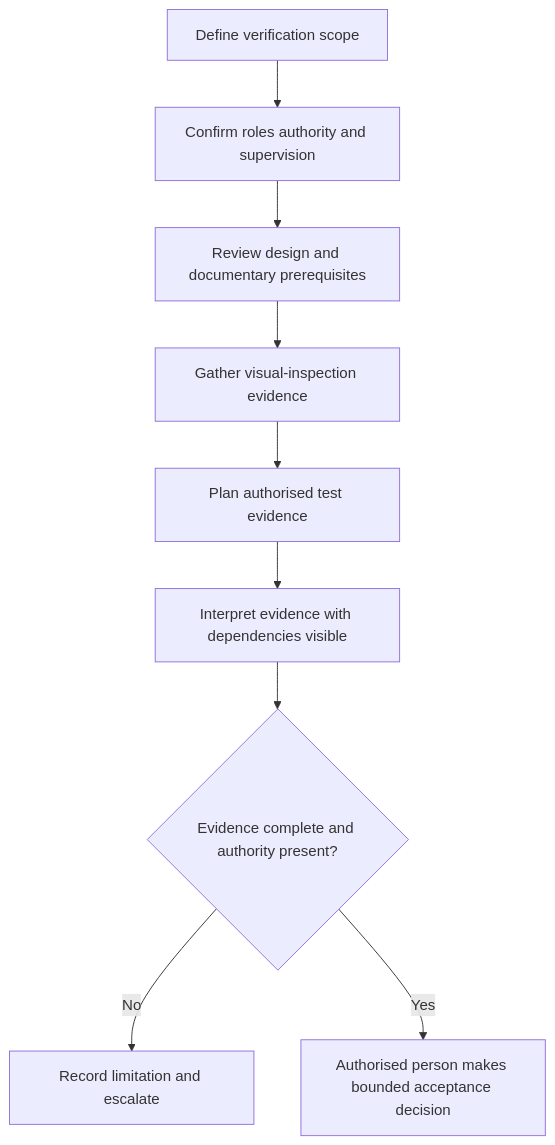
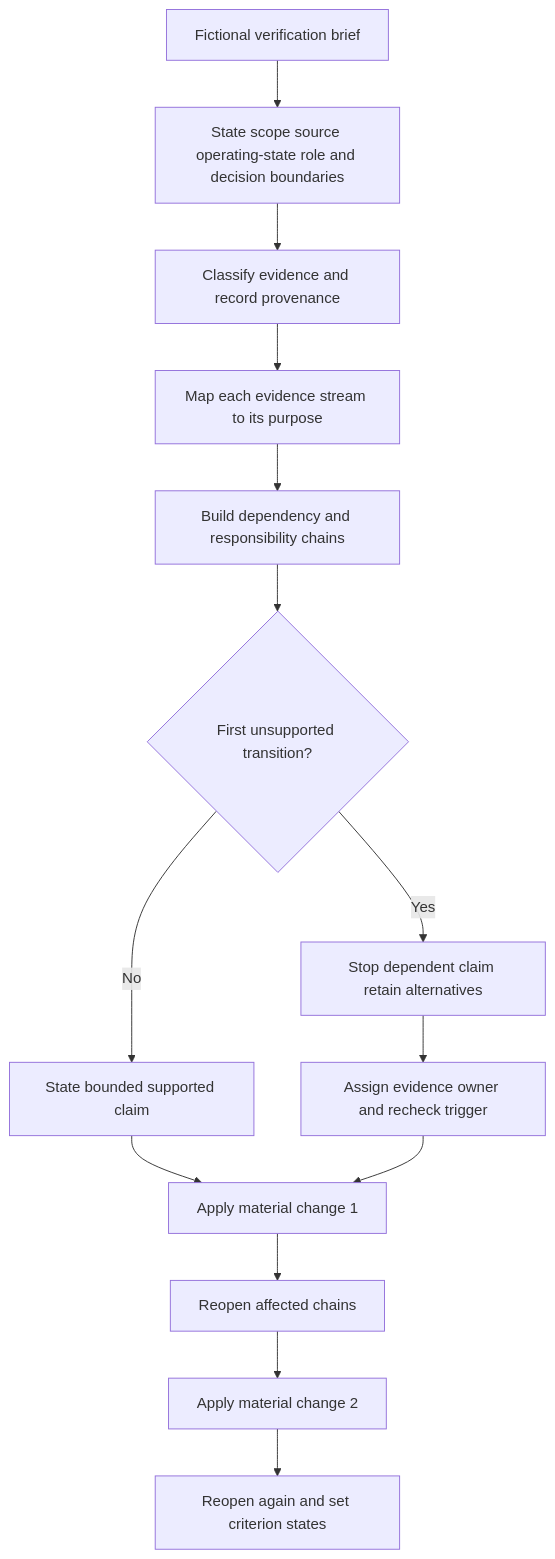
The first of 2 diagrams in docs/learning-plans/12-week/modules/day-57-verification-purpose-evidence-types-and-responsibility-boundaries.md (andrew3stedall/capstone), drawn with Mermaid before and after one commit. The commit also changed other lines of this file and 3 other files, not shown here.

````diff
--- a/docs/learning-plans/12-week/modules/day-57-verification-purpose-evidence-types-and-responsibility-boundaries.md
+++ b/docs/learning-plans/12-week/modules/day-57-verification-purpose-evidence-types-and-responsibility-boundaries.md
@@ -79,11 +94,16 @@
 ```mermaid
 flowchart TD
-  A[Define verification scope] --> B[Confirm roles authority and supervision]
-  B --> C[Review design and documentary prerequisites]
-  C --> D[Gather visual-inspection evidence]
-  D --> E[Plan authorised test evidence]
-  E --> F[Interpret evidence with dependencies visible]
-  F --> G{Evidence complete and authority present?}
-  G -->|No| H[Record limitation and escalate]
-  G -->|Yes| I[Authorised person makes bounded acceptance decision]
+  A[Fictional verification brief] --> B[State scope source operating-state role and decision boundaries]
+  B --> C[Classify evidence and record provenance]
+  C --> D[Map each evidence stream to its purpose]
+  D --> E[Build dependency and responsibility chains]
+  E --> F{First unsupported transition?}
+  F -->|Yes| G[Stop dependent claim retain alternatives]
+  F -->|No| H[State bounded supported claim]
+  G --> I[Assign evidence owner and recheck trigger]
+  H --> J[Apply material change 1]
+  I --> J
+  J --> K[Reopen affected chains]
+  K --> L[Apply material change 2]
+  L --> M[Reopen again and set criterion states]
 ```
````
